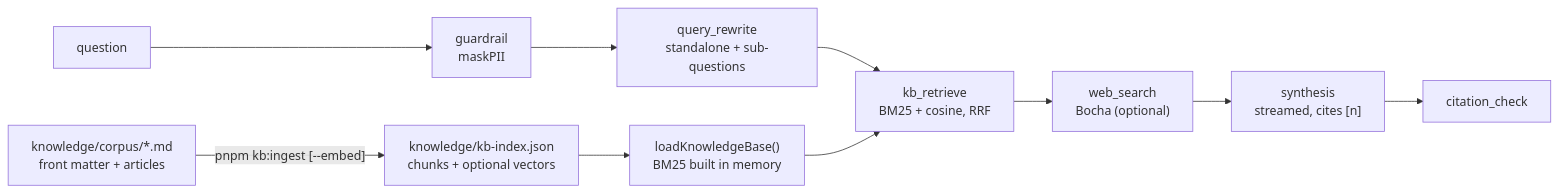
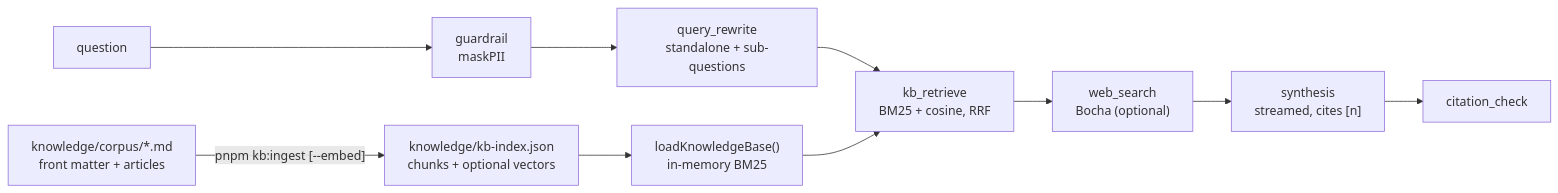
One commit to annoyc/deepseek-db-chat changed the third of 3 diagrams in docs/architecture.md. Above: the diagram before and after it, drawn with Mermaid. The commit also changed other lines of this file and 19 other files, not shown here.

````diff
--- a/docs/architecture.md
+++ b/docs/architecture.md
@@ -443,9 +162,9 @@
 ```mermaid
 flowchart LR
     corpus["knowledge/corpus/*.md<br/>front matter + articles"] -->|"pnpm kb:ingest [--embed]"| index["knowledge/kb-index.json<br/>chunks + optional vectors"]
-    index --> kb["loadKnowledgeBase()<br/>BM25 built in memory"]
+    index --> kb["loadKnowledgeBase()<br/>in-memory BM25"]
     q["question"] --> guard["guardrail<br/>maskPII"] --> rewrite["query_rewrite<br/>standalone + sub-questions"]
     rewrite --> retrieve["kb_retrieve<br/>BM25 + cosine, RRF"]
     kb --> retrieve
     retrieve --> web["web_search<br/>Bocha (optional)"] --> answer["synthesis<br/>streamed, cites [n]"] --> check["citation_check"]
 ```
````
